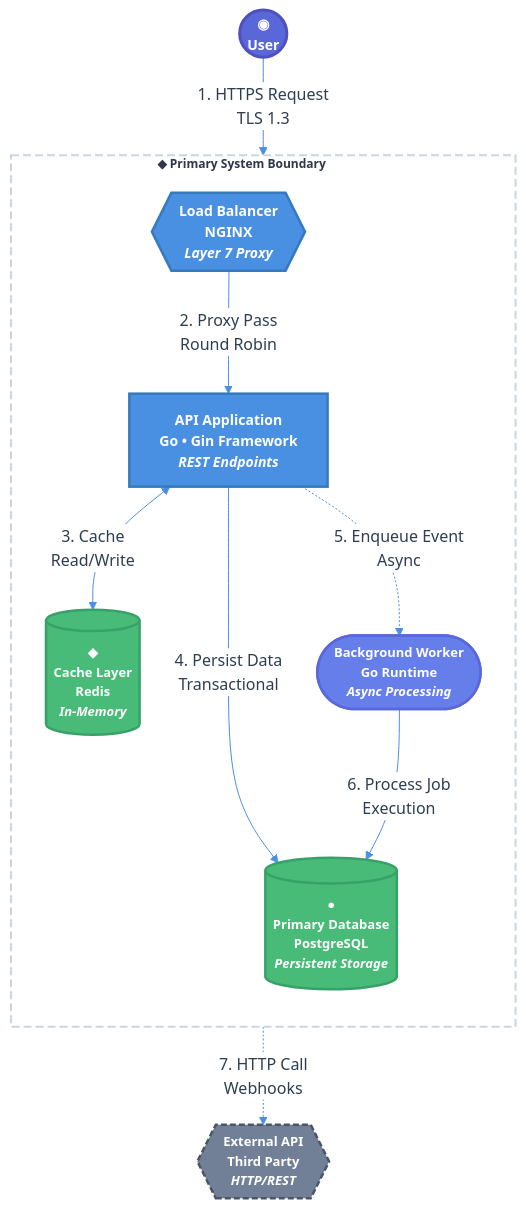
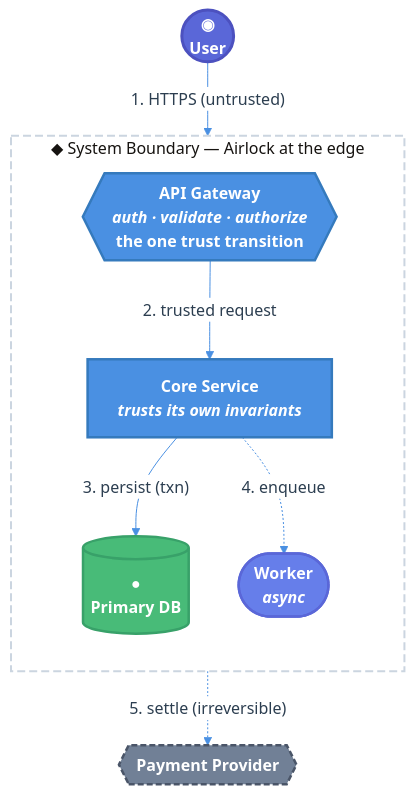
The diagram in packages/workflows/skills/create-spec/SKILL.md (flora131/atomic), drawn with Mermaid before and after one commit. The commit also changed other lines of this file and 92 other files, not shown here.

````diff
--- a/packages/workflows/skills/create-spec/SKILL.md
+++ b/packages/workflows/skills/create-spec/SKILL.md
@@ -85,55 +123,26 @@
 ```mermaid
-%%{init: {'theme':'base', 'themeVariables': { 'primaryColor':'#f8f9fa','primaryTextColor':'#2c3e50','primaryBorderColor':'#4a5568','lineColor':'#4a90e2','secondaryColor':'#ffffff','tertiaryColor':'#e9ecef','background':'#f5f7fa','mainBkg':'#f8f9fa','nodeBorder':'#4a5568','clusterBkg':'#ffffff','clusterBorder':'#cbd5e0','edgeLabelBackground':'#ffffff'}}}%%
+%%{init: {'theme':'base', 'themeVariables': { 'primaryColor':'#f8f9fa','primaryTextColor':'#2c3e50','primaryBorderColor':'#4a5568','lineColor':'#4a90e2','secondaryColor':'#ffffff','tertiaryColor':'#e9ecef','clusterBkg':'#ffffff','clusterBorder':'#cbd5e0'}}}%%
+flowchart TB
+    classDef person fill:#5a67d8,stroke:#4c51bf,stroke-width:3px,color:#fff,font-weight:600
+    classDef core fill:#4a90e2,stroke:#357abd,stroke-width:2.5px,color:#fff,font-weight:600
+    classDef support fill:#667eea,stroke:#5a67d8,stroke-width:2.5px,color:#fff,font-weight:600
+    classDef db fill:#48bb78,stroke:#38a169,stroke-width:2.5px,color:#fff,font-weight:600
+    classDef external fill:#718096,stroke:#4a5568,stroke-width:2.5px,color:#fff,font-weight:600,stroke-dasharray:6 3
 
-flowchart TB
-    %% ---------------------------------------------------------
-    %% CLEAN ENTERPRISE DESIGN
-    %% Professional • Trustworthy • Corporate Standards
-    %% ---------------------------------------------------------
+    User(("◉<br><b>User</b>")):::person
+    subgraph Boundary["◆ System Boundary — Airlock at the edge"]
+        direction TB
+        Gateway{{"<b>API Gateway</b><br><i>auth · validate · authorize</i><br>the one trust transition"}}:::core
+        API["<b>Core Service</b><br><i>trusts its own invariants</i>"]:::core
+        Worker(["<b>Worker</b><br><i>async</i>"]):::support
+        DB[("●<br><b>Primary DB</b>")]:::db
+    end
+    Ext{{"<b>Payment Provider</b>"}}:::external
 
-    %% STYLE DEFINITIONS
-    classDef person fill:#5a67d8,stroke:#4c51bf,stroke-width:3px,color:#ffffff,font-weight:600,font-size:14px
-
-    classDef systemCore fill:#4a90e2,stroke:#357abd,stroke-width:2.5px,color:#ffffff,font-weight:600,font-size:14px
-
-    classDef systemSupport fill:#667eea,stroke:#5a67d8,stroke-width:2.5px,color:#ffffff,font-weight:600,font-size:13px
-
-    classDef database fill:#48bb78,stroke:#38a169,stroke-width:2.5px,color:#ffffff,font-weight:600,font-size:13px
-
-    classDef external fill:#718096,stroke:#4a5568,stroke-width:2.5px,color:#ffffff,font-weight:600,font-size:13px,stroke-dasharray:6 3
-
-    %% NODES - CLEAN ENTERPRISE HIERARCHY
-
-    User(("◉<br><b>User</b><br>")):::person
-
-    subgraph SystemBoundary["◆ Primary System Boundary"]
-        direction TB
-
-        LoadBalancer{{"<b>Load Balancer</b><br>NGINX<br><i>Layer 7 Proxy</i>"}}:::systemCore
-
-        API["<b>API Application</b><br>Go • Gin Framework<br><i>REST Endpoints</i>"]:::systemCore
-
-        Worker(["<b>Background Worker</b><br>Go Runtime<br><i>Async Processing</i>"]):::systemSupport
-
-        Cache[("◆<br><b>Cache Layer</b><br>Redis<br><i>In-Memory</i>")]:::database
-
-        PrimaryDB[("●<br><b>Primary Database</b><br>PostgreSQL<br><i>Persistent Storage</i>")]:::database
-    end
-
-    ExternalAPI{{"<b>External API</b><br>Third Party<br><i>HTTP/REST</i>"}}:::external
-
-    %% RELATIONSHIPS - CLEAN FLOW
-
-    User -->|"1. HTTPS Request<br>TLS 1.3"| LoadBalancer
-    LoadBalancer -->|"2. Proxy Pass<br>Round Robin"| API
-
-    API <-->|"3. Cache<br>Read/Write"| Cache
-    API -->|"4. Persist Data<br>Transactional"| PrimaryDB
-    API -.->|"5. Enqueue Event<br>Async"| Worker
-
-    Worker -->|"6. Process Job<br>Execution"| PrimaryDB
-    Worker -.->|"7. HTTP Call<br>Webhooks"| ExternalAPI
-
-    %% STYLE BOUNDARY
-    style SystemBoundary fill:#ffffff,stroke:#cbd5e0,stroke-width:2px,color:#2d3748,stroke-dasharray:8 4,font-weight:600,font-size:12px
+    User -->|"1. HTTPS (untrusted)"| Gateway
+    Gateway -->|"2. trusted request"| API
+    API -->|"3. persist (txn)"| DB
+    API -.->|"4. enqueue"| Worker
+    Worker -.->|"5. settle (irreversible)"| Ext
+    style Boundary fill:#fff,stroke:#cbd5e0,stroke-width:2px,stroke-dasharray:8 4
 ```
````
